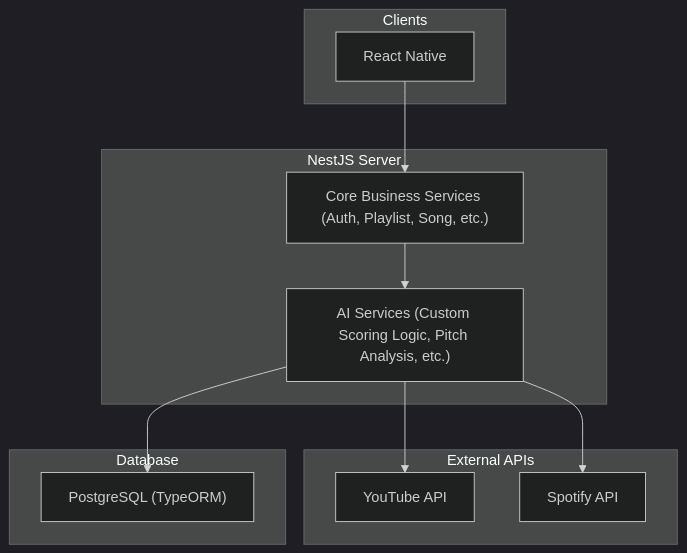
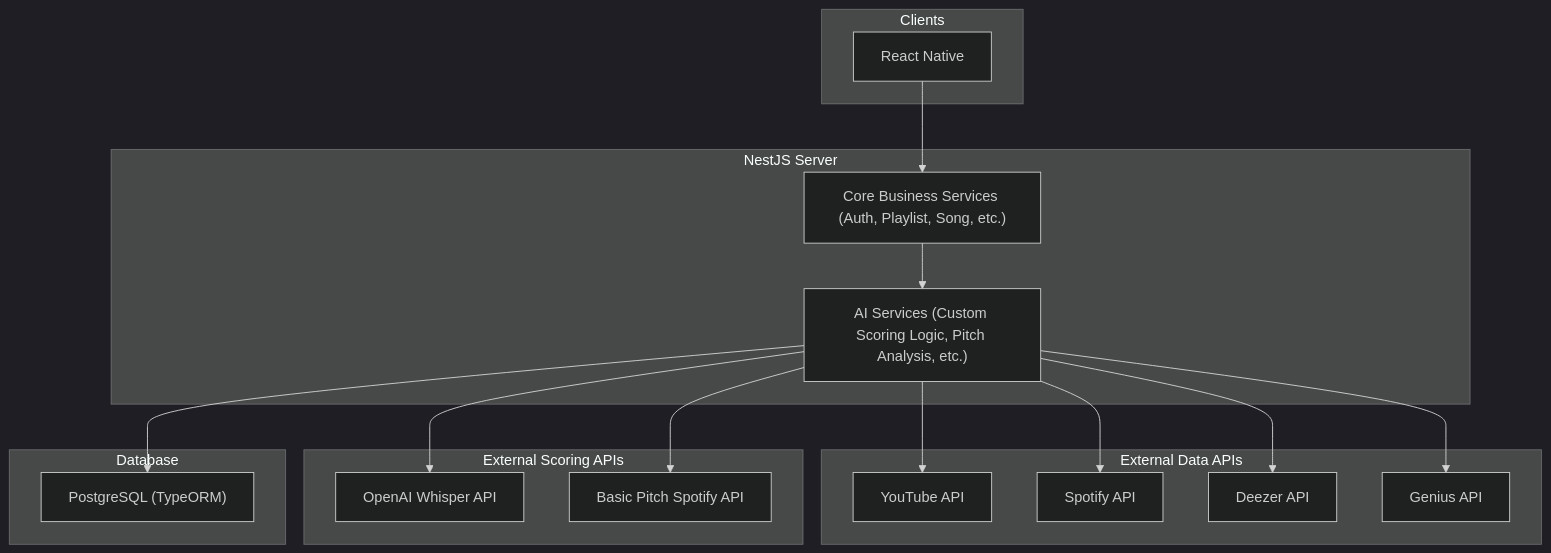
The second of 2 diagrams in README.md (manoke-uit/.github), drawn with Mermaid (dark theme) before and after one commit. The commit also changed other lines of this file, not shown here.

Commit message:
docs: update schema + architecture

````diff
--- a/README.md
+++ b/README.md
@@ -82,34 +83,46 @@
 ``` mermaid
 flowchart TD
     %% Consumers
     subgraph Clients
         MobileApp["React Native"]
     end
 
     %% Backend Services Grouped
     subgraph NestJS Server
         CoreLogic["Core Business Services (Auth, Playlist, Song, etc.)"]
         AILogic["AI Services (Custom Scoring Logic, Pitch Analysis, etc.)"]
     end
 
-    %% External APIs
-    subgraph External APIs
+    %% External Fetching Data APIs
+    subgraph External Data APIs
         YouTube["YouTube API"]
         Spotify["Spotify API"]
+        Deezer["Deezer API"]
+        Genius["Genius API"]
+    end
+
+    %% External Scoring Logic APIs
+    subgraph External Scoring APIs
+        Whisper["OpenAI Whisper API"]
+        BasicPitch["Basic Pitch Spotify API"]
     end
 
     %% Database
     subgraph Database
         PostgreSQL["PostgreSQL (TypeORM)"]
     end
 
     %% Flow
     
     MobileApp --> CoreLogic --> AILogic
 
 
     AILogic --> YouTube
     AILogic --> Spotify
     AILogic --> PostgreSQL
+    AILogic --> Deezer
+    AILogic --> Genius
+    AILogic --> Whisper
+    AILogic --> BasicPitch
 
 ```
````
